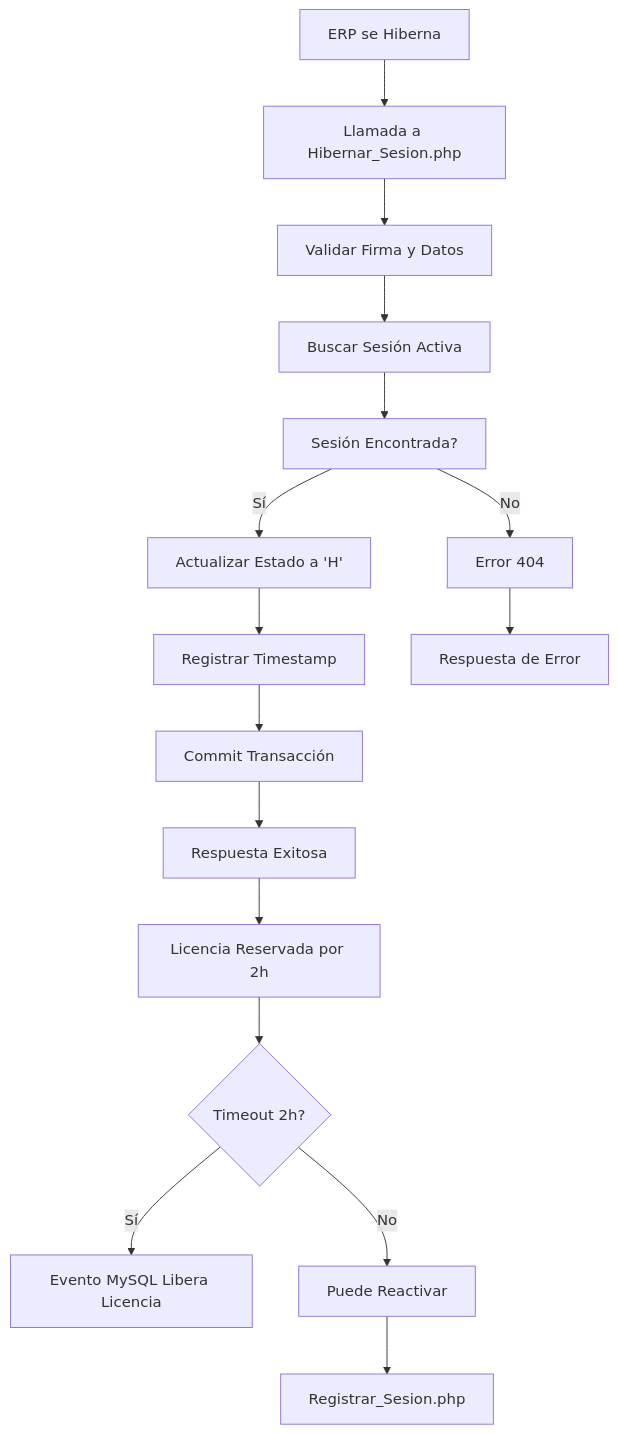
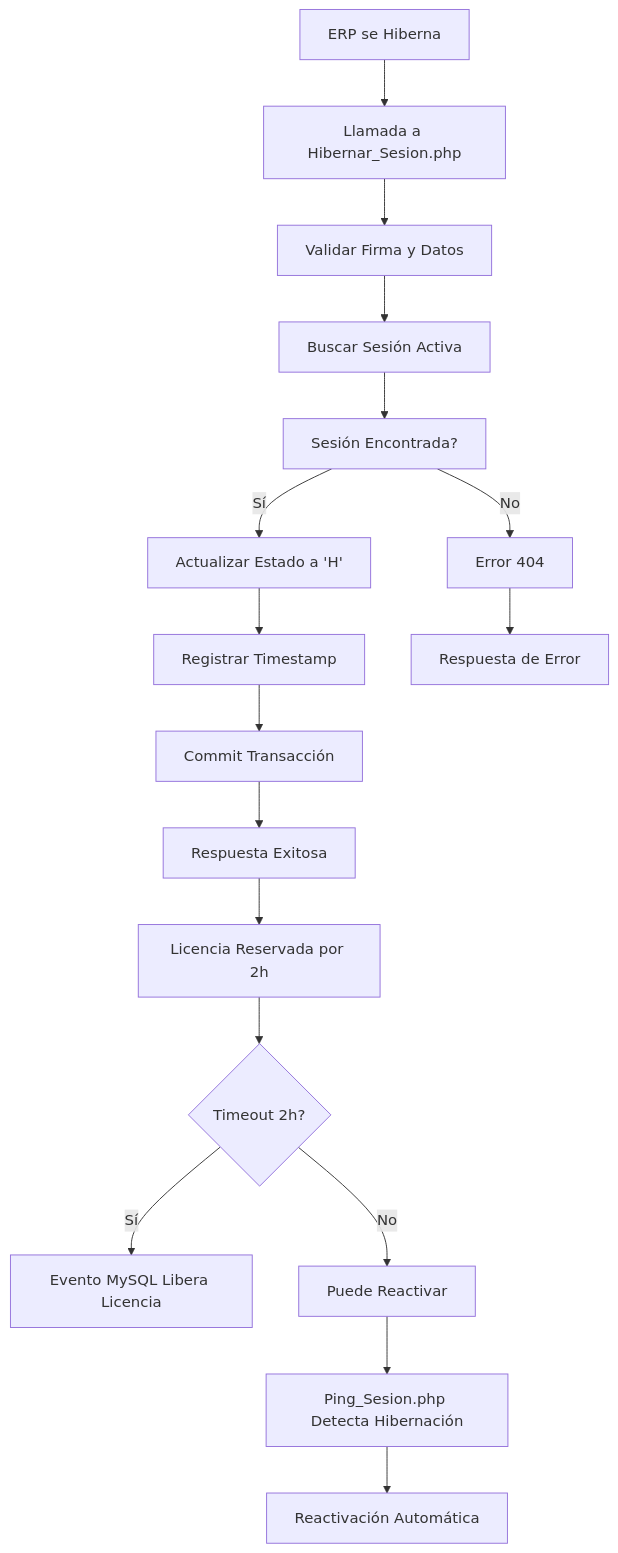
One commit to JuliusFast65/gestor-licencias changed the diagram in docs/Hibernar_Sesion_API.md. Above: the diagram before and after it, drawn with Mermaid. The commit also changed other lines of this file and 1 other file, not shown here.

Commit message:
Modificar Ping_Sesion.php para que detecte la hibernación y la reactiva automáticamente

````diff
--- a/docs/Hibernar_Sesion_API.md
+++ b/docs/Hibernar_Sesion_API.md
@@ -117,19 +117,20 @@
 ```mermaid
 graph TD
     A[ERP se Hiberna] --> B[Llamada a Hibernar_Sesion.php]
     B --> C[Validar Firma y Datos]
     C --> D[Buscar Sesión Activa]
     D --> E[Sesión Encontrada?]
     E -->|No| F[Error 404]
     E -->|Sí| G[Actualizar Estado a 'H']
     G --> H[Registrar Timestamp]
     H --> I[Commit Transacción]
     I --> J[Respuesta Exitosa]
     F --> K[Respuesta de Error]
     
     J --> L[Licencia Reservada por 2h]
     L --> M{Timeout 2h?}
     M -->|Sí| N[Evento MySQL Libera Licencia]
     M -->|No| O[Puede Reactivar]
-    O --> P[Registrar_Sesion.php]
+    O --> P[Ping_Sesion.php Detecta Hibernación]
+    P --> Q[Reactivación Automática]
 ```
````
